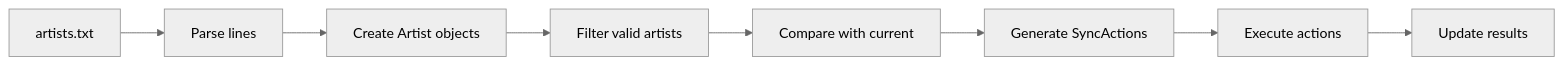
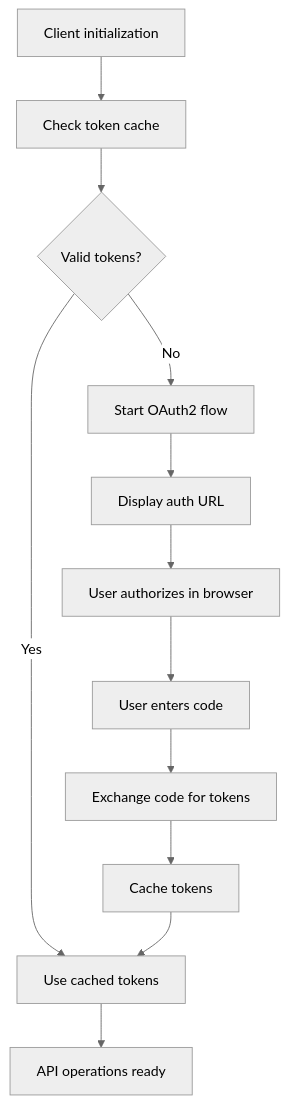
Before and after one commit to cschladetsch/YoutubeMusicSubscriber: the second of 2 diagrams in docs/ARCHITECTURE.md, drawn with Mermaid (neutral theme). The commit also changed other lines of this file and 3 other files, not shown here.

````diff
--- a/docs/ARCHITECTURE.md
+++ b/docs/ARCHITECTURE.md
@@ -120,10 +93,14 @@
 ```mermaid
-graph LR
-    A[artists.txt] --> B[Parse lines]
-    B --> C[Create Artist objects]
-    C --> D[Filter valid artists]
-    D --> E[Compare with current]
-    E --> F[Generate SyncActions]
-    F --> G[Execute actions]
-    G --> H[Update results]
+graph TD
+    A[Client initialization] --> B[Check token cache]
+    B --> C{Valid tokens?}
+    C -->|Yes| D[Use cached tokens]
+    C -->|No| E[Start OAuth2 flow]
+    E --> F[Display auth URL]
+    F --> G[User authorizes in browser]
+    G --> H[User enters code]
+    H --> I[Exchange code for tokens]
+    I --> J[Cache tokens]
+    J --> D
+    D --> K[API operations ready]
 ```
````
